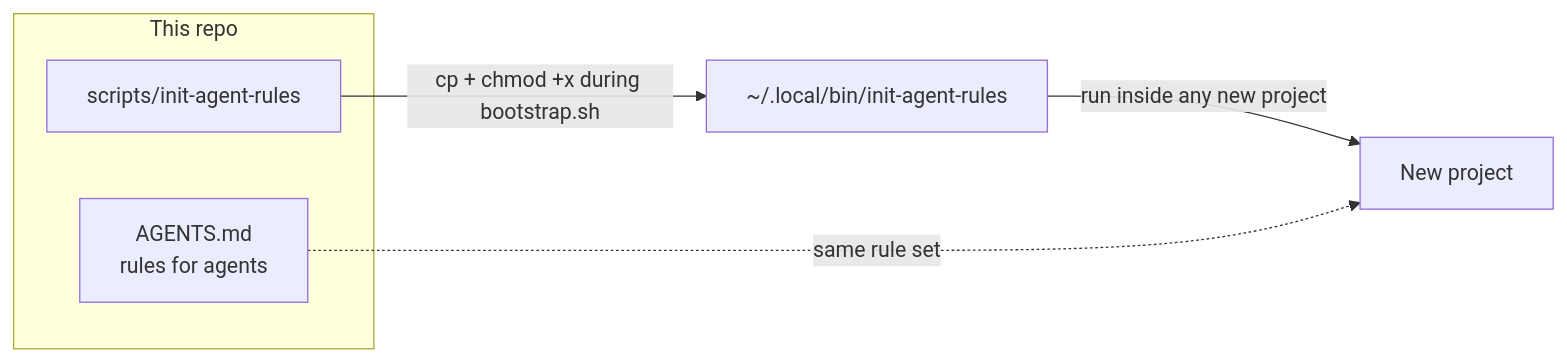
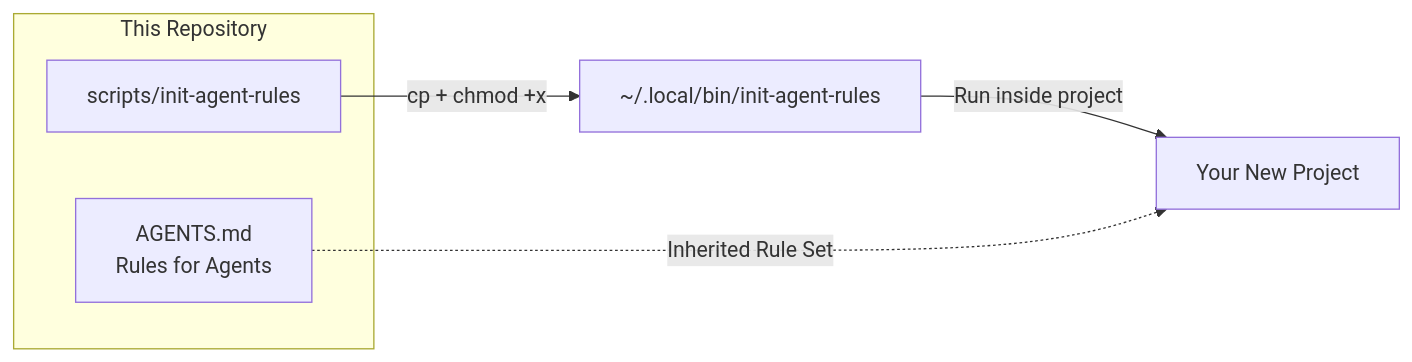
Before and after one commit to thecodekaizen/awesome-dev-setup: the second of 2 diagrams in README.md, drawn with Mermaid. The commit also changed other lines of this file, not shown here.

````diff
--- a/README.md
+++ b/README.md
@@ -129,10 +133,10 @@
 ```mermaid
 flowchart LR
-    subgraph This repo
-        AG[AGENTS.md<br/>rules for agents]
+    subgraph This Repository
+        AG[AGENTS.md<br/>Rules for Agents]
         SC[scripts/init-agent-rules]
     end
-    SC -- "cp + chmod +x during bootstrap.sh" --> LB["~/.local/bin/init-agent-rules"]
-    LB -- "run inside any new project" --> NP["New project"]
-    AG -. "same rule set" .-> NP
+    SC -- "cp + chmod +x" --> LB["~/.local/bin/init-agent-rules"]
+    LB -- "Run inside project" --> NP["Your New Project"]
+    AG -. "Inherited Rule Set" .-> NP
 ```
````
